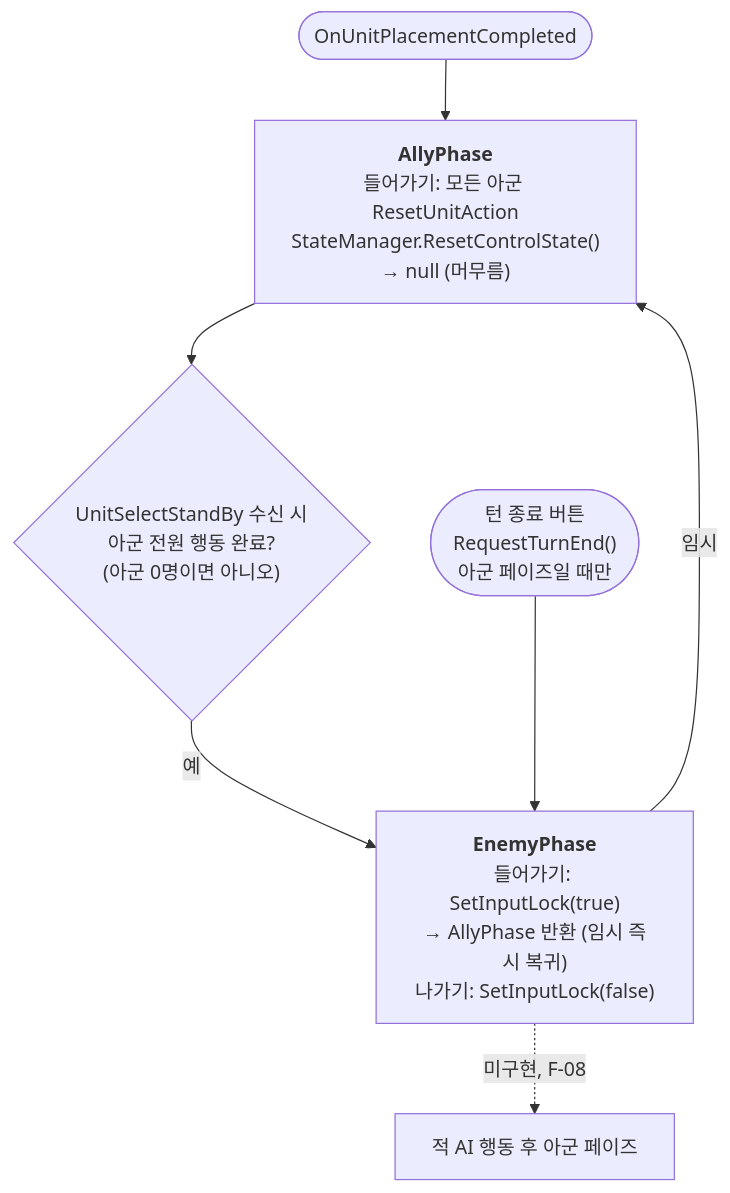
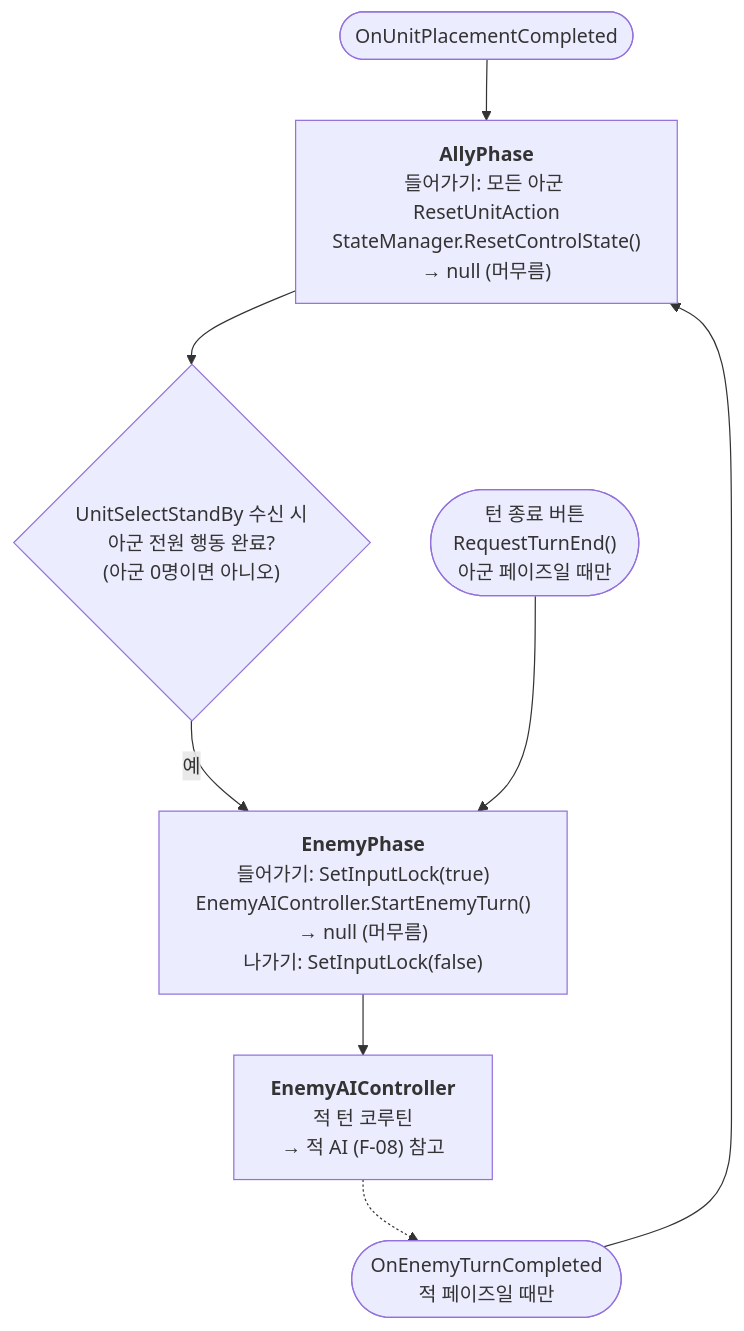
One commit to jayy5288sk/PersonalProject changed diagram 13 of 26 in Docs/ImplementDocs/Diagram.md. Above: the diagram before and after it, drawn with Mermaid. The commit also changed other lines of this file and 5 other files, not shown here.

Commit message:
[Docs] 기술 문서 작성 및 다이어그램 갱신

````diff
--- a/Docs/ImplementDocs/Diagram.md
+++ b/Docs/ImplementDocs/Diagram.md
@@ -279,13 +279,16 @@
 ```mermaid
 flowchart TB
     Placed(["OnUnitPlacementCompleted"]) --> Ally
     Ally["<b>AllyPhase</b><br/>들어가기: 모든 아군 ResetUnitAction<br/>StateManager.ResetControlState()<br/>→ null (머무름)"]
-    Enemy["<b>EnemyPhase</b><br/>들어가기: SetInputLock(true)<br/>→ AllyPhase 반환 (임시 즉시 복귀)<br/>나가기: SetInputLock(false)"]
+    Enemy["<b>EnemyPhase</b><br/>들어가기: SetInputLock(true)<br/>EnemyAIController.StartEnemyTurn()<br/>→ null (머무름)<br/>나가기: SetInputLock(false)"]
+    AI["<b>EnemyAIController</b><br/>적 턴 코루틴<br/>→ 적 AI (F-08) 참고"]
+    Done(["OnEnemyTurnCompleted<br/>적 페이즈일 때만"])
 
     Check{"UnitSelectStandBy 수신 시<br/>아군 전원 행동 완료?<br/>(아군 0명이면 아니오)"}
     Ally --> Check
     Check -->|예| Enemy
     Turn(["턴 종료 버튼<br/>RequestTurnEnd()<br/>아군 페이즈일 때만"]) --> Enemy
-    Enemy -->|임시| Ally
-    Enemy -.->|미구현, F-08| AI["적 AI 행동 후 아군 페이즈"]
+    Enemy --> AI
+    AI -.-> Done
+    Done --> Ally
 ```
````
